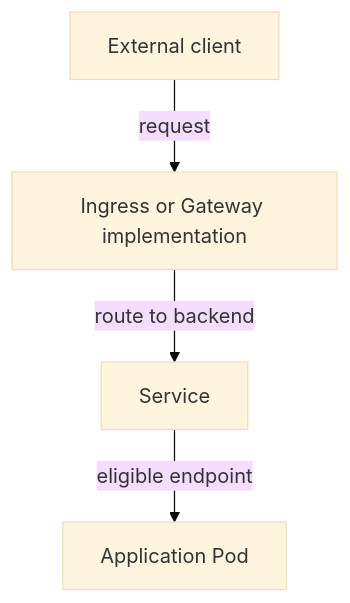
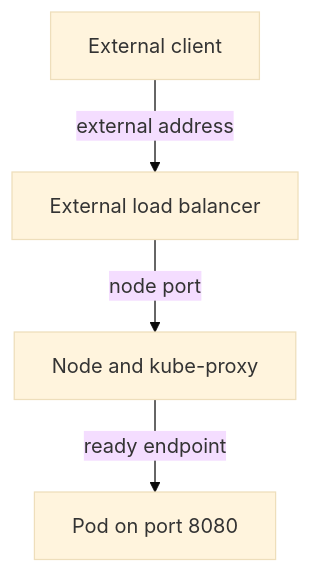
Before and after one commit to astrona-io/ATS026: the diagram in sections/section-030/module-01/course-02-external-entry-and-application-routing.md, drawn with Mermaid (base theme). The commit also changed other lines of this file and 379 other files, not shown here.

````diff
--- a/sections/section-030/module-01/course-02-external-entry-and-application-routing.md
+++ b/sections/section-030/module-01/course-02-external-entry-and-application-routing.md
@@ -30,6 +70,6 @@
 ```mermaid
 flowchart TB
-    C["External client"] -->|"request"| G["Ingress or Gateway implementation"]
-    G -->|"route to backend"| S["Service"]
-    S -->|"eligible endpoint"| P["Application Pod"]
+    C["External client"] -->|"external address"| L["External load balancer"]
+    L -->|"node port"| N["Node and kube-proxy"]
+    N -->|"ready endpoint"| P["Pod on port 8080"]
 ```
````
